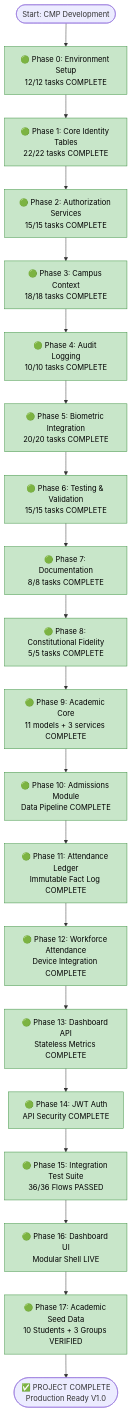
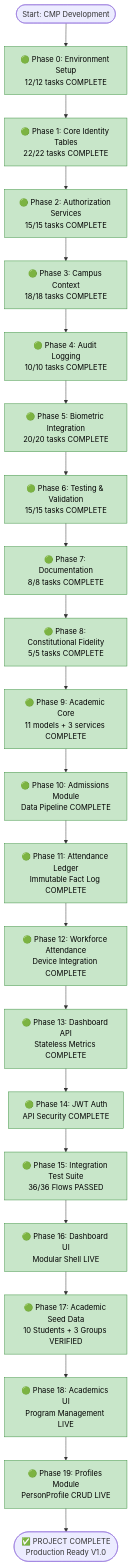
One commit to LangoveCoder/Campus-Managment-System changed the diagram in flowchart.md. Above: the diagram before and after it, drawn with Mermaid. The commit also changed other lines of this file and 21 other files, not shown here.

First line of the commit message:
@ feat: add Profiles module (Phase 19) and update project artifacts

````diff
--- a/flowchart.md
+++ b/flowchart.md
@@ -117,12 +117,22 @@
     %% Phase 17
     Phase17[🟢 Phase 17: Academic Seed Data<br/>10 Students + 3 Groups VERIFIED]
     
-    Phase17 --> Complete
+    Phase17 --> Phase18
+
+    %% Phase 18
+    Phase18[🟢 Phase 18: Academics UI<br/>Program Management LIVE]
+
+    Phase18 --> Phase19
+
+    %% Phase 19
+    Phase19[🟢 Phase 19: Profiles Module<br/>PersonProfile CRUD LIVE]
+
+    Phase19 --> Complete
 
     Complete([✅ PROJECT COMPLETE<br/>Production Ready V1.0])
 
     %% Styling
     classDef complete fill:#c8e6c9,stroke:#388e3c,color:#000
     
-    class Phase0,Phase1,Phase2,Phase3,Phase4,Phase5,Phase6,Phase7,Phase8,Phase9,Phase10,Phase11,Phase12,Phase13,Phase14,Phase15,Phase16,Phase17 complete
+    class Phase0,Phase1,Phase2,Phase3,Phase4,Phase5,Phase6,Phase7,Phase8,Phase9,Phase10,Phase11,Phase12,Phase13,Phase14,Phase15,Phase16,Phase17,Phase18,Phase19 complete
 ```
````
